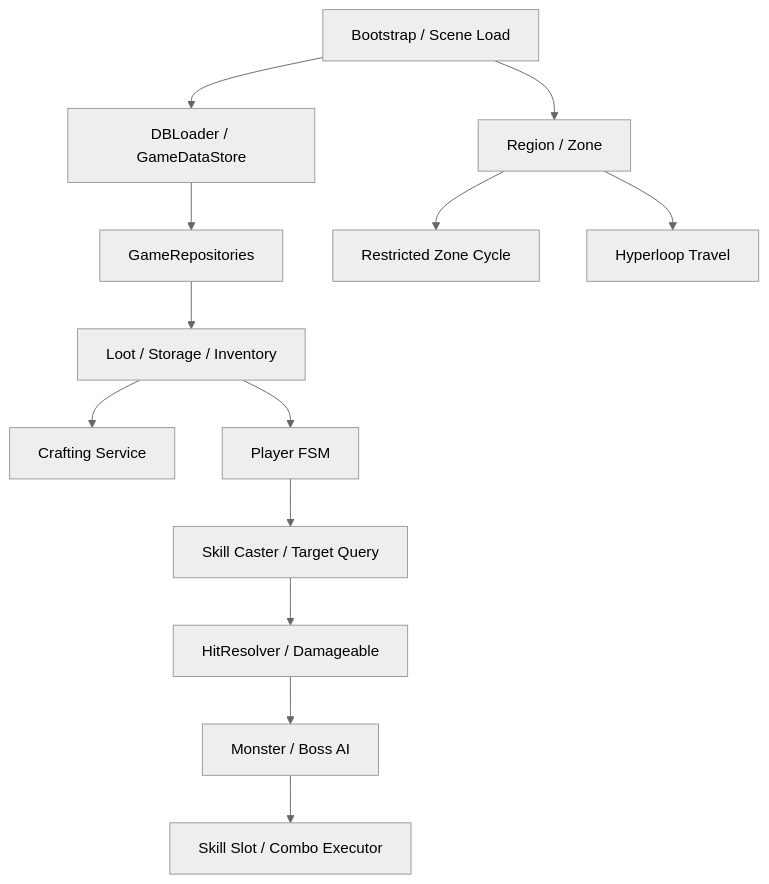
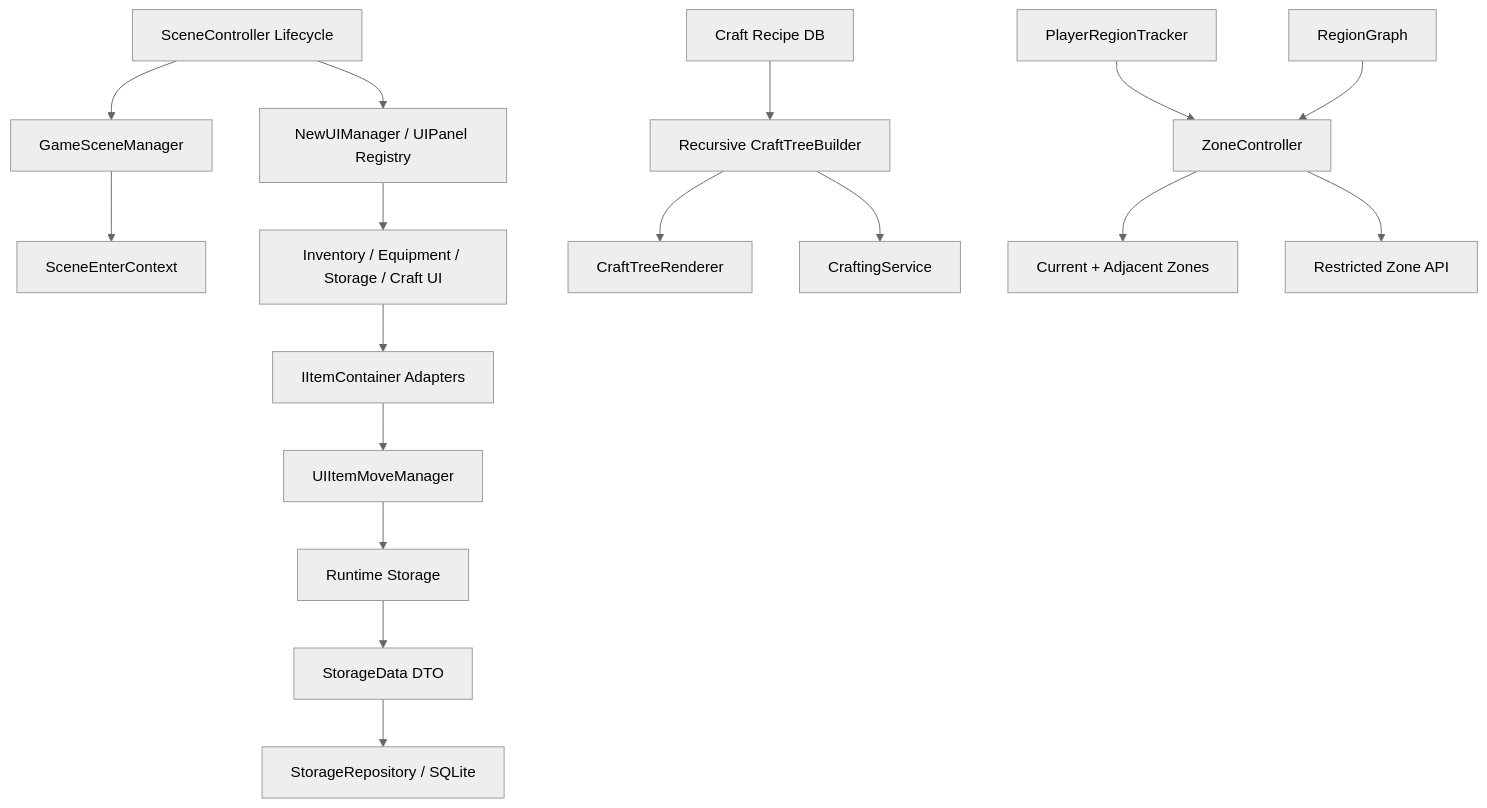
The diagram in docs/architecture.md (SJ97p/EscapeFromEternalReturn-CodeMap), drawn with Mermaid (neutral theme) before and after one commit. The commit also changed other lines of this file and 223 other files, not shown here.

````diff
--- a/docs/architecture.md
+++ b/docs/architecture.md
@@ -7,15 +9,22 @@
 ```mermaid
 flowchart TD
-    Boot[Bootstrap / Scene Load] --> Data[DBLoader / GameDataStore]
-    Data --> Repos[GameRepositories]
-    Boot --> Region[Region / Zone]
-    Region --> Restricted[Restricted Zone Cycle]
-    Region --> Hyperloop[Hyperloop Travel]
-    Repos --> Loot[Loot / Storage / Inventory]
-    Loot --> Craft[Crafting Service]
-    Loot --> Player[Player FSM]
-    Player --> Skill[Skill Caster / Target Query]
-    Skill --> Damage[HitResolver / Damageable]
-    Damage --> Monster[Monster / Boss AI]
-    Monster --> SkillSlot[Skill Slot / Combo Executor]
+    Scene[SceneController Lifecycle] --> Manager[GameSceneManager]
+    Manager --> Context[SceneEnterContext]
+    Scene --> UI[NewUIManager / UIPanel Registry]
+    UI --> Panels[Inventory / Equipment / Storage / Craft UI]
+
+    Recipe[Craft Recipe DB] --> Tree[Recursive CraftTreeBuilder]
+    Tree --> CraftUI[CraftTreeRenderer]
+    Tree --> CraftService[CraftingService]
+
+    Panels --> Container[IItemContainer Adapters]
+    Container --> Move[UIItemMoveManager]
+    Move --> Storage[Runtime Storage]
+    Storage --> DTO[StorageData DTO]
+    DTO --> Repo[StorageRepository / SQLite]
+
+    RegionTracker[PlayerRegionTracker] --> ZoneController
+    RegionGraph[RegionGraph] --> ZoneController
+    ZoneController --> ActiveZones[Current + Adjacent Zones]
+    ZoneController --> ZoneState[Restricted Zone API]
 ```
````
